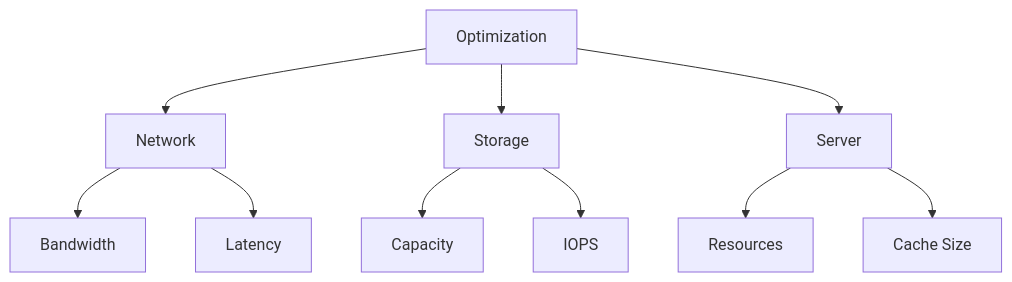
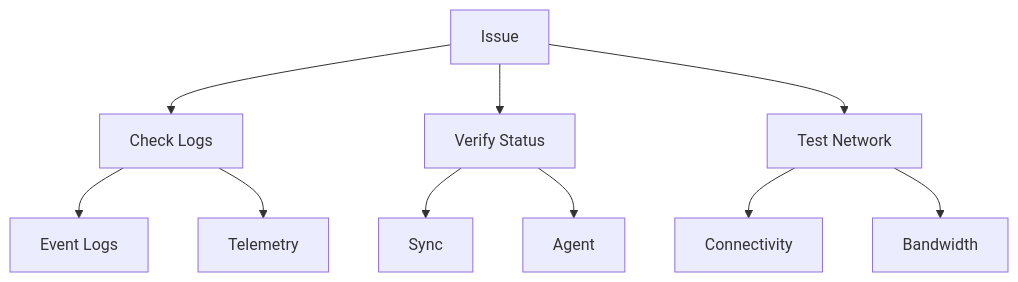
Before and after one commit to saravanakumarrc/Architecture_Journey: the tenth of 12 diagrams in src/azure/az-104/File_Sync.md, drawn with Mermaid. The commit also changed other lines of this file and 6 other files, not shown here.

````diff
--- a/src/azure/az-104/File_Sync.md
+++ b/src/azure/az-104/File_Sync.md
@@ -200,15 +167,15 @@
 ```mermaid
 graph TB
-    A[Optimization] --> B[Network]
-    A --> C[Storage]
-    A --> D[Server]
+    A[Issue] --> B[Check Logs]
+    A --> C[Verify Status]
+    A --> D[Test Network]
     
-    B --> E[Bandwidth]
-    B --> F[Latency]
+    B --> E[Event Logs]
+    B --> F[Telemetry]
     
-    C --> G[Capacity]
-    C --> H[IOPS]
+    C --> G[Sync]
+    C --> H[Agent]
     
-    D --> I[Resources]
-    D --> J[Cache Size]
+    D --> I[Connectivity]
+    D --> J[Bandwidth]
 ```
````
